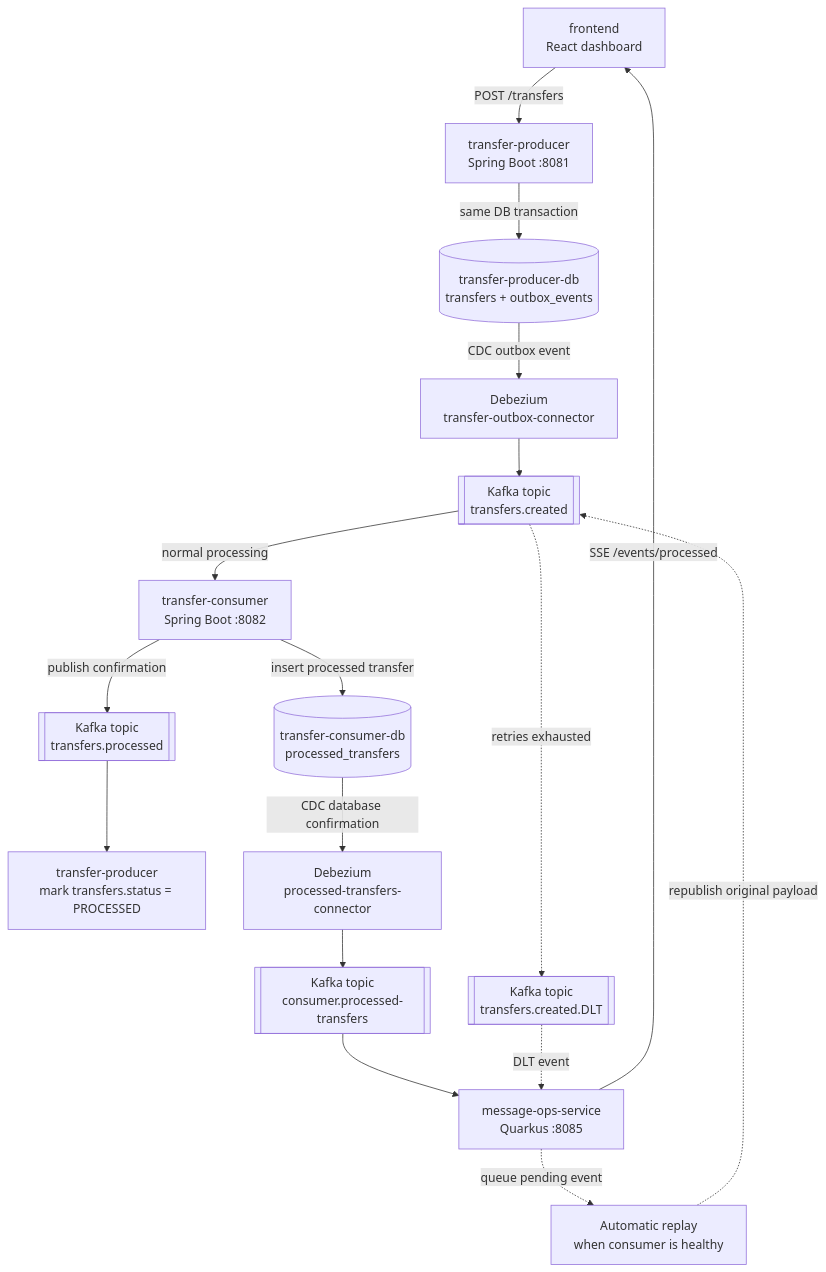
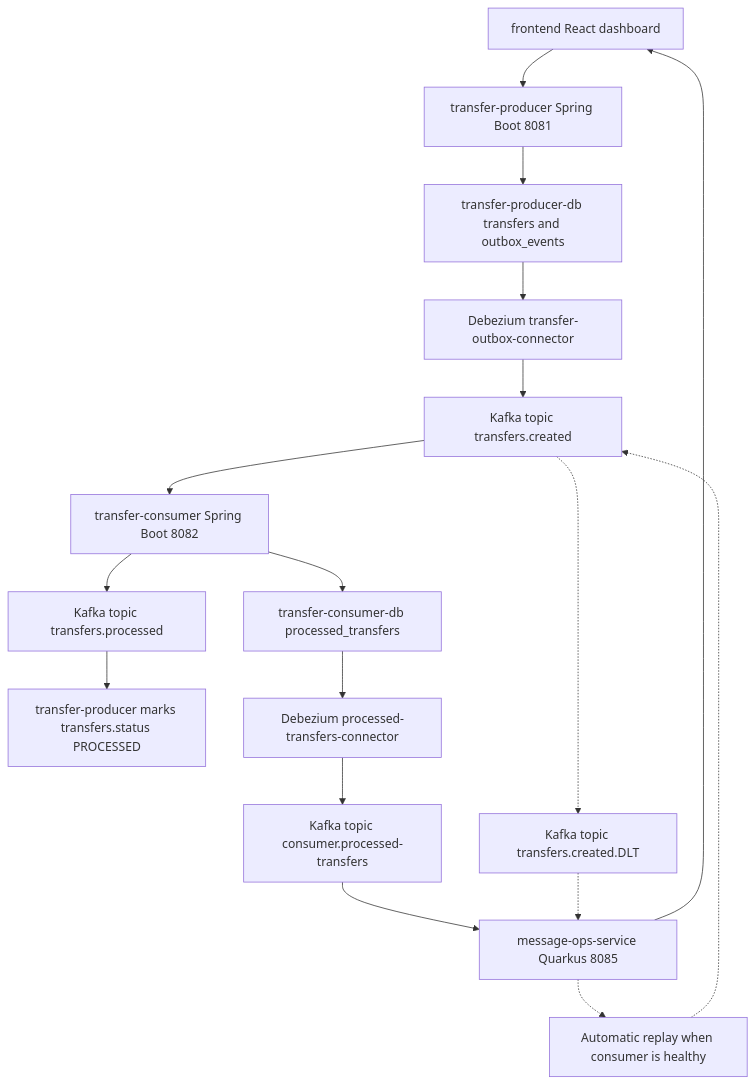
Before and after one commit to aleoterob/zero-message-loss: the diagram in README.md, drawn with Mermaid.

Commit message:
fix: simplify mermaid architecture diagram

````diff
--- a/README.md
+++ b/README.md
@@ -11,35 +11,35 @@
 ```mermaid
-flowchart TD
-    frontend["frontend<br/>React dashboard"]
-    producer["transfer-producer<br/>Spring Boot :8081"]
-    producerDb[("transfer-producer-db<br/>transfers + outbox_events")]
-    outboxConnector["Debezium<br/>transfer-outbox-connector"]
-    createdTopic[["Kafka topic<br/>transfers.created"]]
-    consumer["transfer-consumer<br/>Spring Boot :8082"]
-    consumerDb[("transfer-consumer-db<br/>processed_transfers")]
-    processedTopic[["Kafka topic<br/>transfers.processed"]]
-    producerStatus["transfer-producer<br/>mark transfers.status = PROCESSED"]
-    processedConnector["Debezium<br/>processed-transfers-connector"]
-    processedChangesTopic[["Kafka topic<br/>consumer.processed-transfers"]]
-    messageOps["message-ops-service<br/>Quarkus :8085"]
-    dltTopic[["Kafka topic<br/>transfers.created.DLT"]]
-    replay["Automatic replay<br/>when consumer is healthy"]
+graph TD;
+    frontend[frontend React dashboard];
+    producer[transfer-producer Spring Boot 8081];
+    producerDb[transfer-producer-db transfers and outbox_events];
+    outboxConnector[Debezium transfer-outbox-connector];
+    createdTopic[Kafka topic transfers.created];
+    consumer[transfer-consumer Spring Boot 8082];
+    consumerDb[transfer-consumer-db processed_transfers];
+    processedTopic[Kafka topic transfers.processed];
+    producerStatus[transfer-producer marks transfers.status PROCESSED];
+    processedConnector[Debezium processed-transfers-connector];
+    processedChangesTopic[Kafka topic consumer.processed-transfers];
+    messageOps[message-ops-service Quarkus 8085];
+    dltTopic[Kafka topic transfers.created.DLT];
+    replay[Automatic replay when consumer is healthy];
 
-    frontend -->|"POST /transfers"| producer
-    producer -->|"same DB transaction"| producerDb
-    producerDb -->|"CDC outbox event"| outboxConnector
-    outboxConnector --> createdTopic
-    createdTopic -->|"normal processing"| consumer
-    consumer -->|"insert processed transfer"| consumerDb
-    consumer -->|"publish confirmation"| processedTopic
-    processedTopic --> producerStatus
-    consumerDb -->|"CDC database confirmation"| processedConnector
-    processedConnector --> processedChangesTopic
-    processedChangesTopic --> messageOps
-    messageOps -->|"SSE /events/processed"| frontend
+    frontend --> producer;
+    producer --> producerDb;
+    producerDb --> outboxConnector;
+    outboxConnector --> createdTopic;
+    createdTopic --> consumer;
+    consumer --> consumerDb;
+    consumer --> processedTopic;
+    processedTopic --> producerStatus;
+    consumerDb --> processedConnector;
+    processedConnector --> processedChangesTopic;
+    processedChangesTopic --> messageOps;
+    messageOps --> frontend;
 
-    createdTopic -. "retries exhausted" .-> dltTopic
-    dltTopic -. "DLT event" .-> messageOps
-    messageOps -. "queue pending event" .-> replay
-    replay -. "republish original payload" .-> createdTopic
+    createdTopic -.-> dltTopic;
+    dltTopic -.-> messageOps;
+    messageOps -.-> replay;
+    replay -.-> createdTopic;
 ```
````
